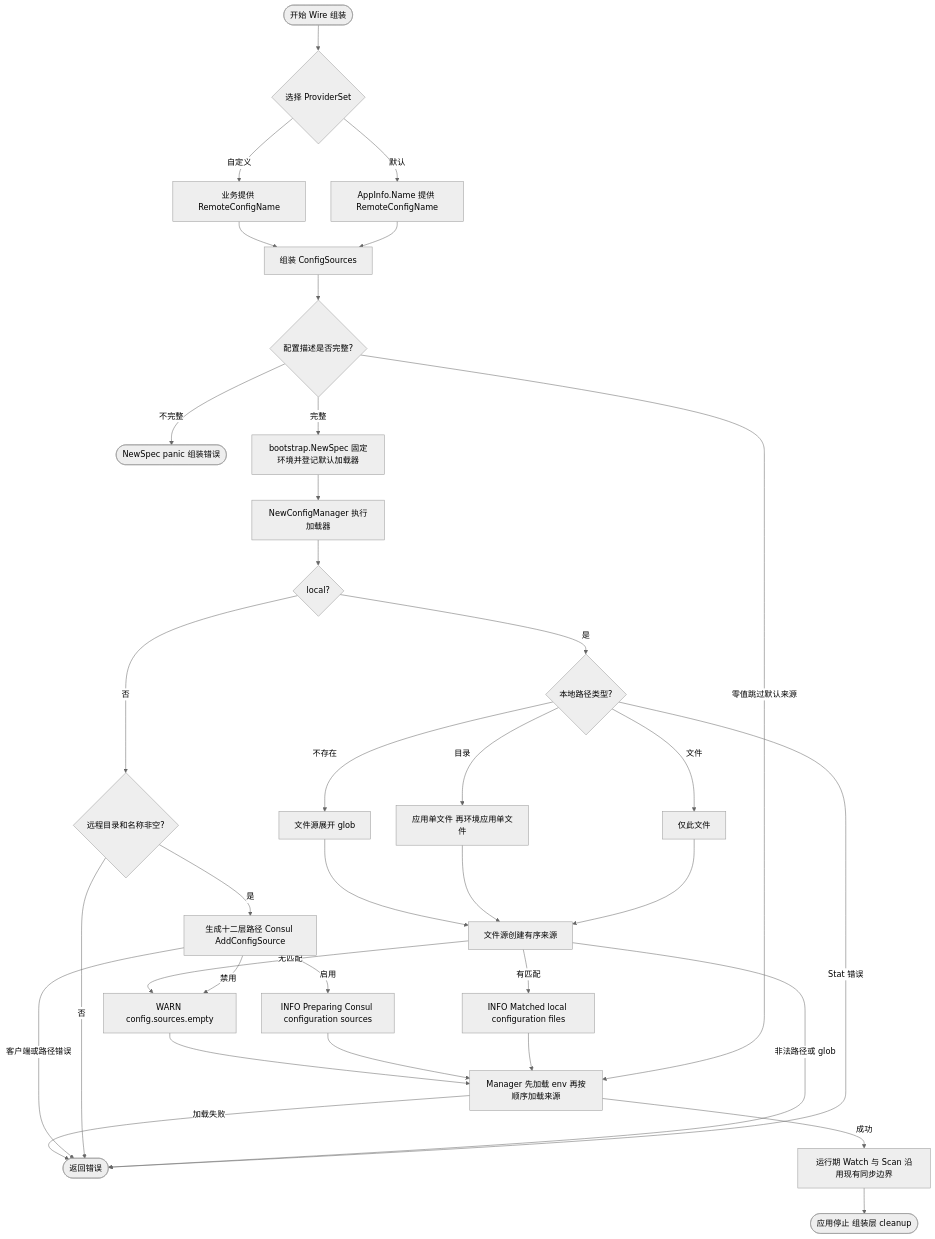
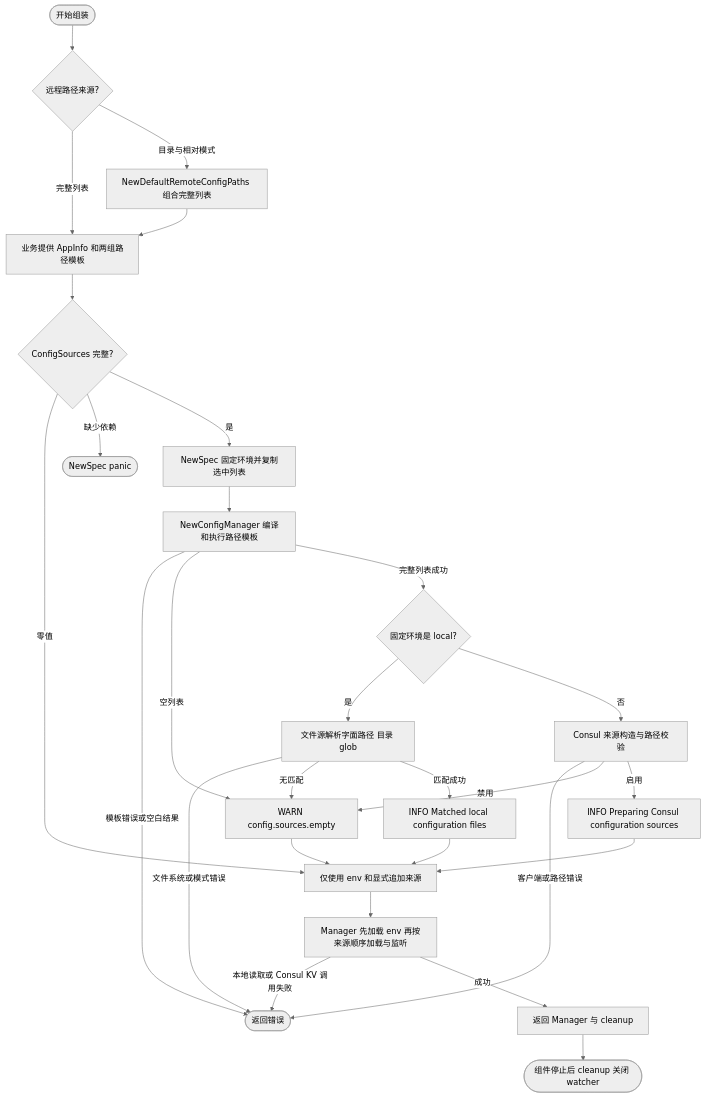
Before and after one commit to jaggerzhuang1994/kratos-foundation: the diagram in contrib/bootstrap/consulconfig/README.md, drawn with Mermaid (neutral theme). The commit also changed other lines of this file and 14 other files, not shown here.

First line of the commit message:
feat(bootstrap): support templated configuration paths

````diff
--- a/contrib/bootstrap/consulconfig/README.md
+++ b/contrib/bootstrap/consulconfig/README.md
@@ -111,32 +132,28 @@
 ```mermaid
 flowchart TD
-    A([开始 Wire 组装]) --> A1{选择 ProviderSet}
-    A1 -- 默认 --> A2[AppInfo.Name 提供 RemoteConfigName]
-    A1 -- 自定义 --> A3[业务提供 RemoteConfigName]
-    A2 & A3 --> A4[组装 ConfigSources]
-    A4 --> B{配置描述是否完整?}
-    B -- 零值跳过默认来源 --> L
-    B -- 不完整 --> P([NewSpec panic 组装错误])
-    B -- 完整 --> B1[bootstrap.NewSpec 固定环境并登记默认加载器]
-    B1 --> C[NewConfigManager 执行加载器]
-    C --> D{local?}
-    D -- 是 --> E{本地路径类型?}
-    E -- 文件 --> F[仅此文件]
-    E -- 目录 --> G[应用单文件 再环境应用单文件]
-    E -- 不存在 --> H[文件源展开 glob]
-    E -- Stat 错误 --> X([返回错误])
-    F & G & H --> I[文件源创建有序来源]
-    I -- 非法路径或 glob --> X
-    I -- 有匹配 --> IL[INFO Matched local configuration files]
-    D -- 否 --> J{远程目录和名称非空?}
-    J -- 否 --> X
-    J -- 是 --> K[生成十二层路径 Consul AddConfigSource]
-    K -- 客户端或路径错误 --> X
-    K -- 启用 --> KL[INFO Preparing Consul configuration sources]
-    K -- 禁用 --> W[WARN config.sources.empty]
-    I -- 无匹配 --> W
-    IL & KL & W --> L[Manager 先加载 env 再按顺序加载来源]
-    L -- 加载失败 --> X
-    L -- 成功 --> M[运行期 Watch 与 Scan 沿用现有同步边界]
-    M --> N([应用停止 组装层 cleanup])
+    A([开始组装]) --> A1{远程路径来源?}
+    A1 -- 完整列表 --> B[业务提供 AppInfo 和两组路径模板]
+    A1 -- 目录与相对模式 --> A2[NewDefaultRemoteConfigPaths 组合完整列表]
+    A2 --> B
+    B --> C{ConfigSources 完整?}
+    C -- 零值 --> E[仅使用 env 和显式追加来源]
+    C -- 缺少依赖 --> P([NewSpec panic])
+    C -- 是 --> D[NewSpec 固定环境并复制选中列表]
+    D --> F[NewConfigManager 编译和执行路径模板]
+    F -- 模板错误或空白结果 --> X([返回错误])
+    F -- 空列表 --> W[WARN config.sources.empty]
+    F -- 完整列表成功 --> G{固定环境是 local?}
+    G -- 是 --> H[文件源解析字面路径 目录 glob]
+    G -- 否 --> I[Consul 来源构造与路径校验]
+    H -- 文件系统或模式错误 --> X
+    H -- 无匹配 --> W
+    H -- 匹配成功 --> HL[INFO Matched local configuration files]
+    I -- 客户端或路径错误 --> X
+    I -- 禁用 --> W
+    I -- 启用 --> IL[INFO Preparing Consul configuration sources]
+    HL & IL & W --> E
+    E --> J[Manager 先加载 env 再按来源顺序加载与监听]
+    J -- 本地读取或 Consul KV 调用失败 --> X
+    J -- 成功 --> K[返回 Manager 与 cleanup]
+    K --> L([组件停止后 cleanup 关闭 watcher])
 ```
````
